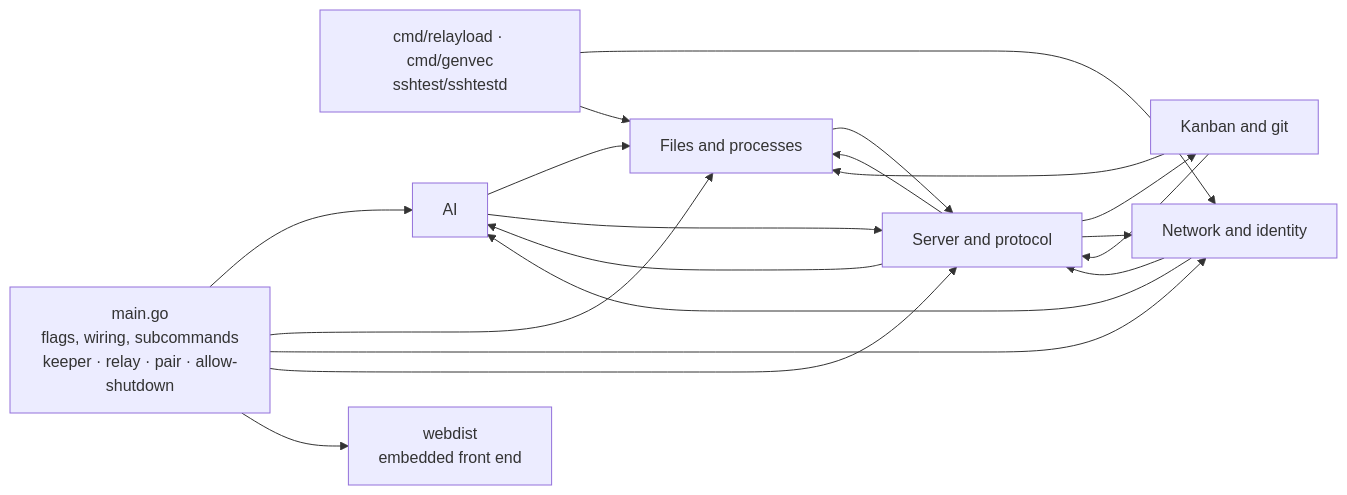
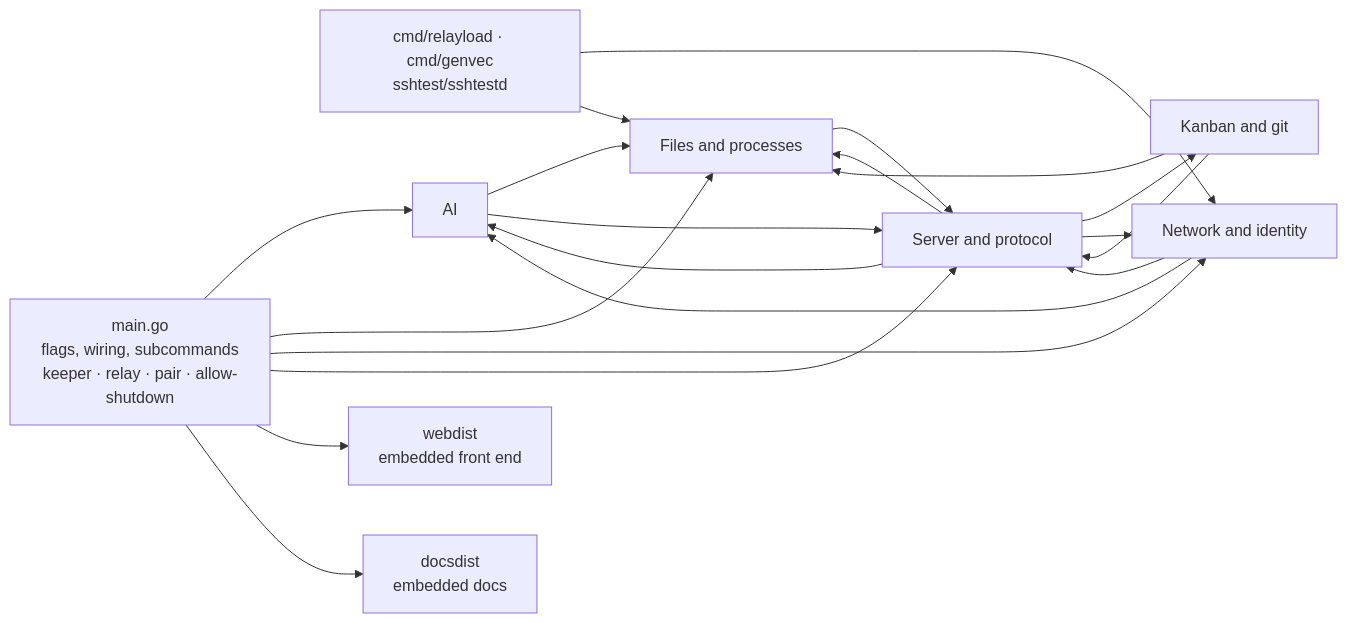
The diagram in pod/README.md (DrSmithFr/web-ide), drawn with Mermaid before and after one commit. The commit also changed other lines of this file and 33 other files, not shown here.

````diff
--- a/pod/README.md
+++ b/pod/README.md
@@ -5,34 +5,36 @@
 ```mermaid
 flowchart LR
   main["main.go<br/>flags, wiring, subcommands<br/>keeper · relay · pair · allow-shutdown"]
   cmds["cmd/relayload · cmd/genvec<br/>sshtest/sshtestd"]
   server["Server and protocol"]
   files["Files and processes"]
   ai["AI"]
   kg["Kanban and git"]
   net["Network and identity"]
   webdist["webdist<br/>embedded front end"]
+  docsdist["docsdist<br/>embedded docs"]
   ai --> files
   ai --> server
   files --> server
   kg --> files
   kg --> server
   main --> ai
   main --> files
   main --> net
   main --> server
   net --> ai
   net --> server
   server --> ai
   server --> files
   server --> kg
   server --> net
   main --> webdist
+  main --> docsdist
   cmds --> net
   cmds --> files
   click server "internal/README.md#server-and-protocol"
   click files "internal/README.md#files-and-processes"
   click ai "internal/README.md#ai"
   click kg "internal/README.md#kanban-and-git"
   click net "internal/README.md#network-and-identity"
 ```
````
